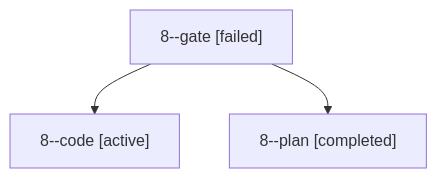
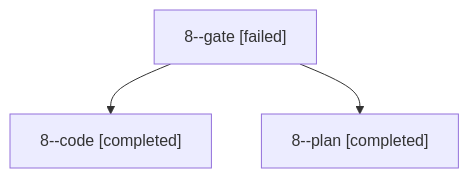
The diagram in sessions/bbugyi200.kellys_mbp.8.md (bobs-org/bob-cli--agents), drawn with Mermaid before and after one commit. The commit also changed other lines of this file and 25 other files, not shown here.

````diff
--- a/sessions/bbugyi200.kellys_mbp.8.md
+++ b/sessions/bbugyi200.kellys_mbp.8.md
@@ -9,8 +9,8 @@
 ```mermaid
 flowchart TD
   n0["8--gate [failed]"]
-  n1["8--code [active]"]
+  n1["8--code [completed]"]
   n0 --> n1
   n2["8--plan [completed]"]
   n0 --> n2
 ```
````
